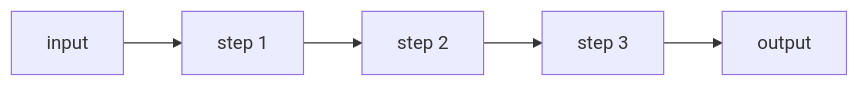
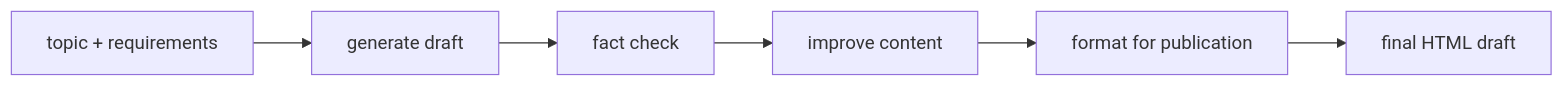
Before and after one commit to Walid-Ahmed/langgraph-tutorials: the first of 2 diagrams in 5-Workflows/01_prompt_chaining.md, drawn with Mermaid. The commit also changed other lines of this file and 3 other files, not shown here.

````diff
--- a/5-Workflows/01_prompt_chaining.md
+++ b/5-Workflows/01_prompt_chaining.md
@@ -9,7 +18,8 @@
 ```mermaid
 flowchart LR
-    INPUT["input"] --> STEP1["step 1"]
-    STEP1 --> STEP2["step 2"]
-    STEP2 --> STEP3["step 3"]
-    STEP3 --> OUTPUT["output"]
+    INPUT["topic + requirements"] --> DRAFT["generate draft"]
+    DRAFT --> CHECK["fact check"]
+    CHECK --> IMPROVE["improve content"]
+    IMPROVE --> FORMAT["format for publication"]
+    FORMAT --> OUTPUT["final HTML draft"]
 ```
````
